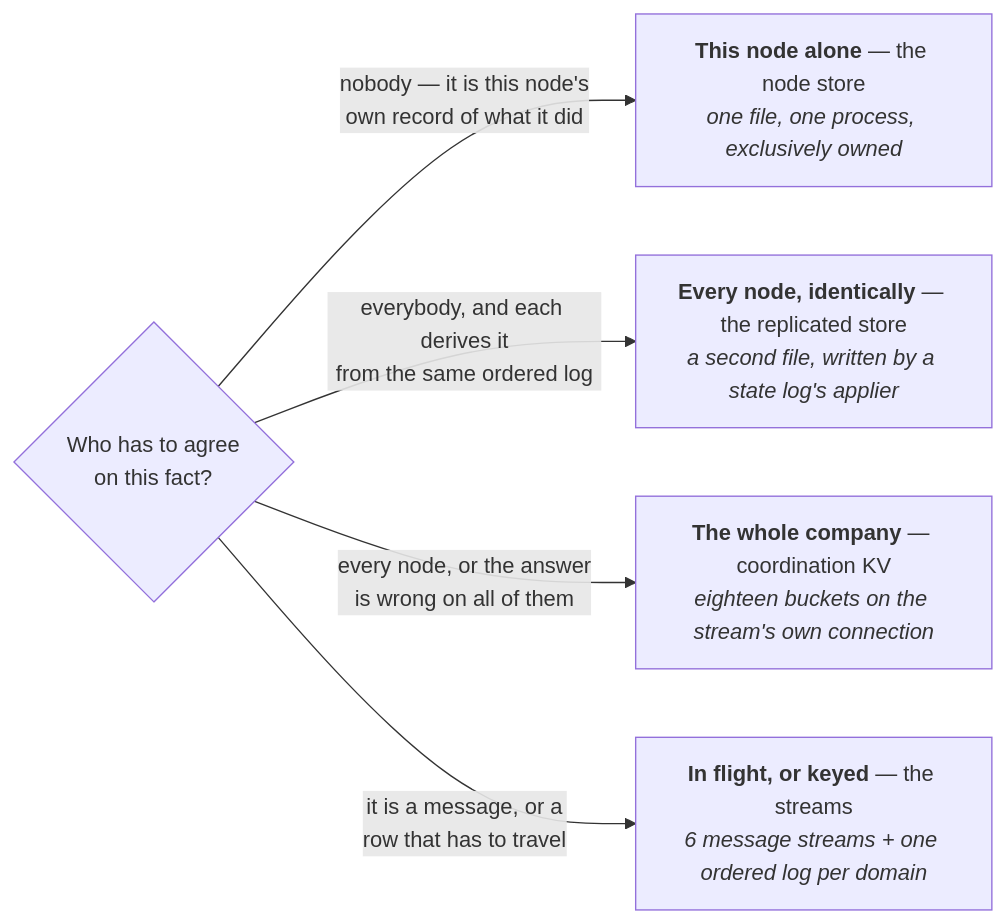
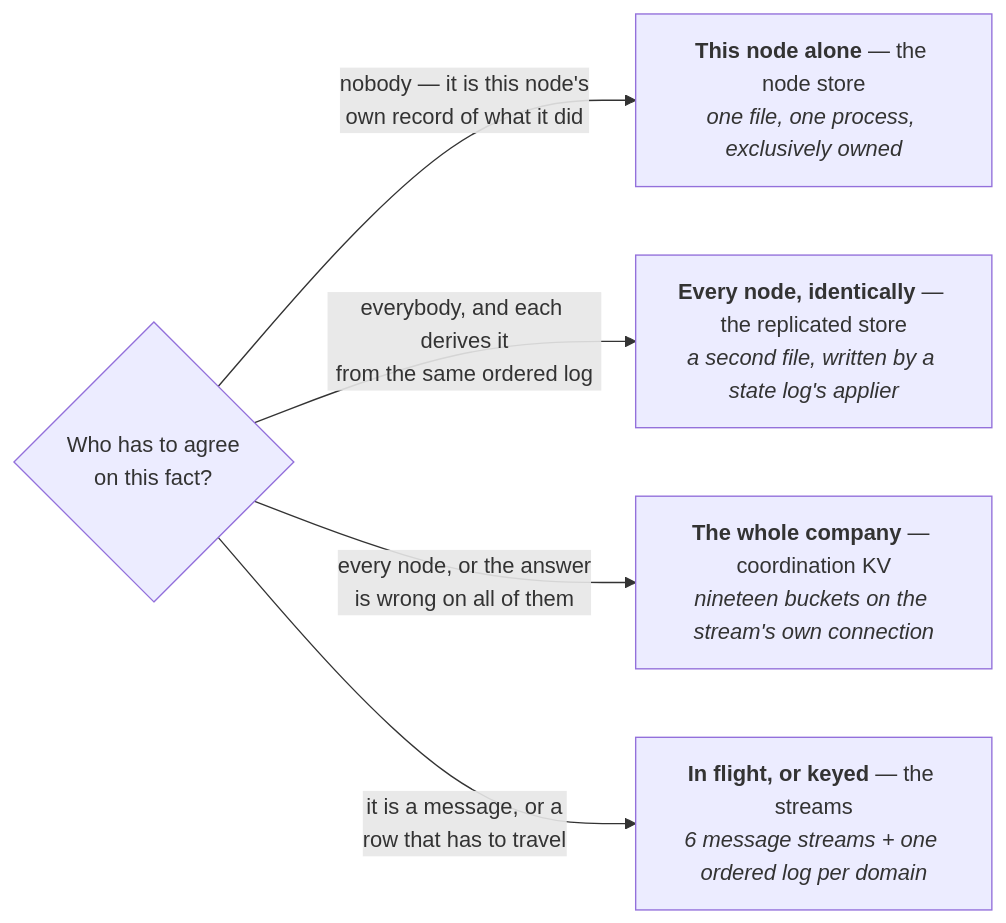
One commit to crewlet/crewlet changed the ninth of 10 diagrams in docs/concepts/architecture.md. Above: the diagram before and after it, drawn with Mermaid. The commit also changed other lines of this file and 3 other files, not shown here.

First line of the commit message:
docs: put the chat domain's four estates on the architecture page

````diff
--- a/docs/concepts/architecture.md
+++ b/docs/concepts/architecture.md
@@ -497,13 +497,13 @@
 ```mermaid
 flowchart LR
     Q{"Who has to agree<br/>on this fact?"}
     LOCAL["<b>This node alone</b> — the node store<br/><i>one file, one process, exclusively owned</i>"]
     DERIVED["<b>Every node, identically</b> — the replicated store<br/><i>a second file, written by a state log's applier</i>"]
-    FLEET["<b>The whole company</b> — coordination KV<br/><i>eighteen buckets on the stream's own connection</i>"]
+    FLEET["<b>The whole company</b> — coordination KV<br/><i>nineteen buckets on the stream's own connection</i>"]
     STREAM["<b>In flight, or keyed</b> — the streams<br/><i>6 message streams + one ordered log per domain</i>"]
 
     Q -->|"nobody — it is this node's<br/>own record of what it did"| LOCAL
     Q -->|"everybody, and each derives it<br/>from the same ordered log"| DERIVED
     Q -->|"every node, or the answer<br/>is wrong on all of them"| FLEET
     Q -->|"it is a message, or a<br/>row that has to travel"| STREAM
 ```
````
